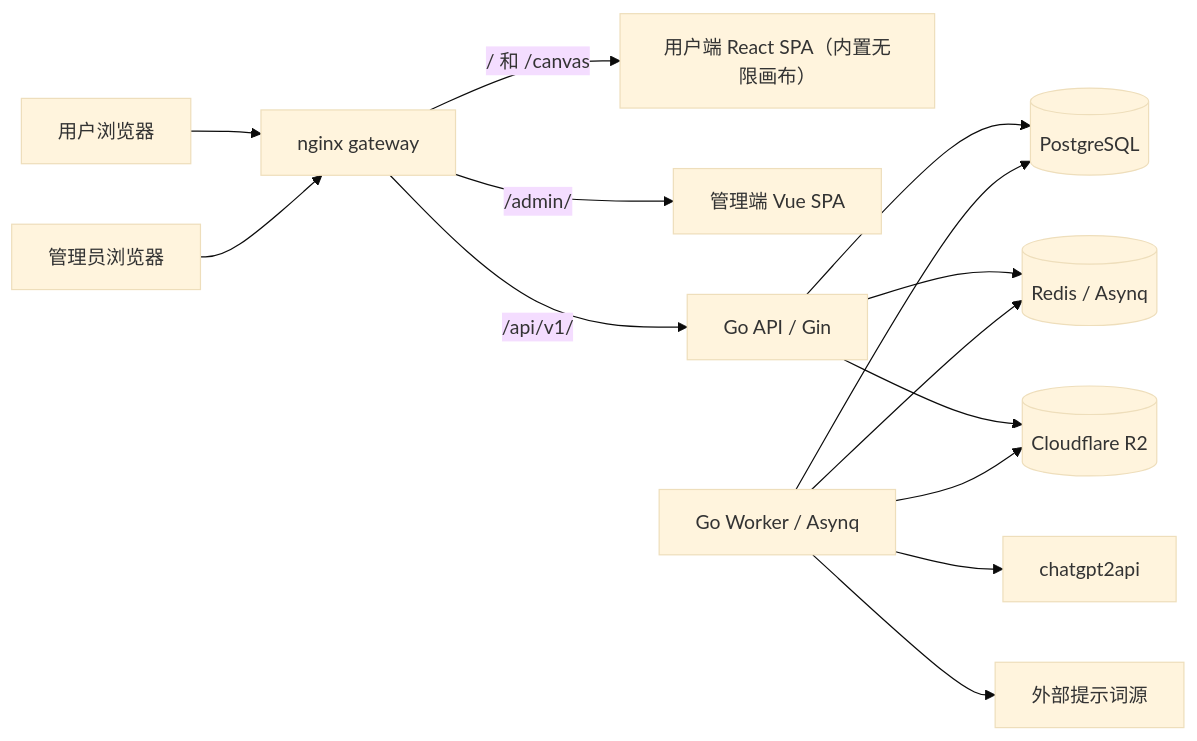
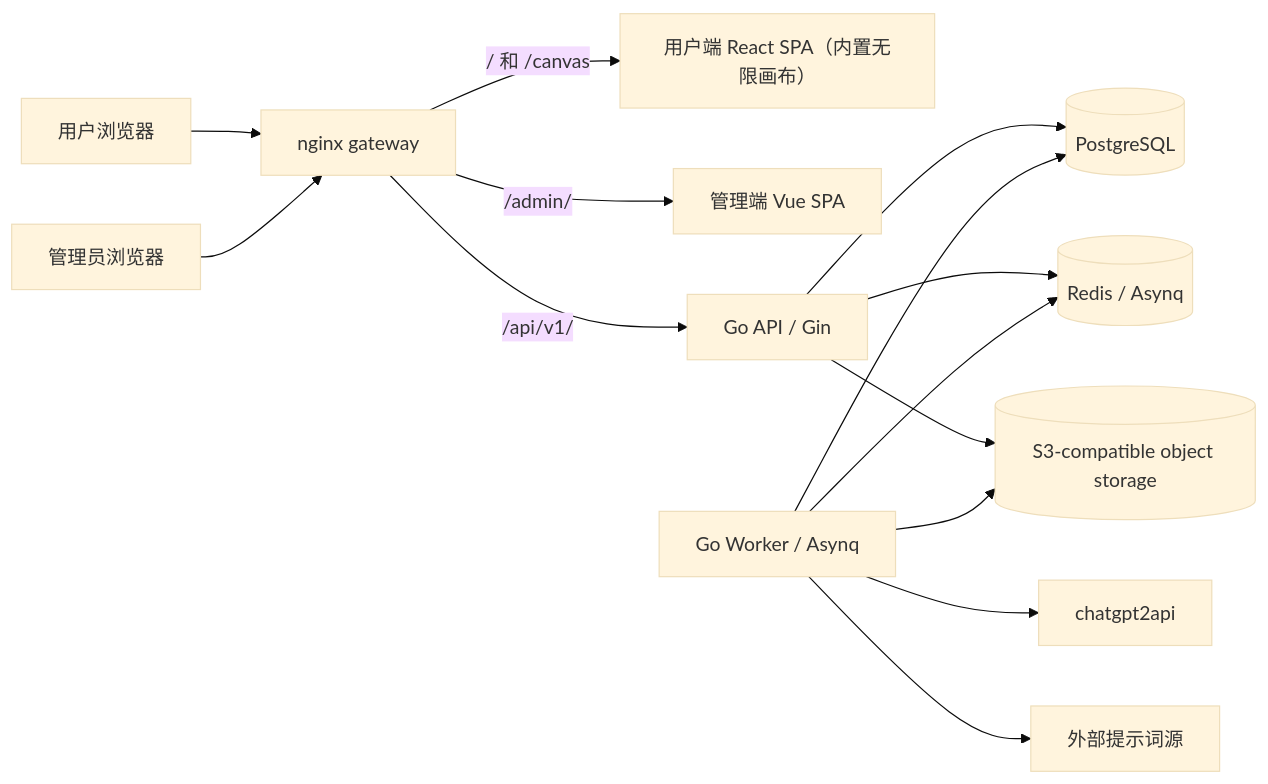
The first of 2 diagrams in docs/ARCHITECTURE.md (BlankLife886/startcloudsai), drawn with Mermaid (base theme) before and after one commit. The commit also changed other lines of this file and 22 other files, not shown here.

````diff
--- a/docs/ARCHITECTURE.md
+++ b/docs/ARCHITECTURE.md
@@ -7,16 +7,16 @@
 ```mermaid
 flowchart LR
   U[用户浏览器] --> G[nginx gateway]
   A[管理员浏览器] --> G
   G -->|/ 和 /canvas| W[用户端 React SPA（内置无限画布）]
   G -->|/admin/| M[管理端 Vue SPA]
   G -->|/api/v1/| S[Go API / Gin]
   S --> P[(PostgreSQL)]
   S --> R[(Redis / Asynq)]
-  S --> O[(Cloudflare R2)]
+  S --> O[(S3-compatible object storage)]
   K[Go Worker / Asynq] --> P
   K --> R
   K --> C[chatgpt2api]
   K --> O
   K --> X[外部提示词源]
 ```
````
